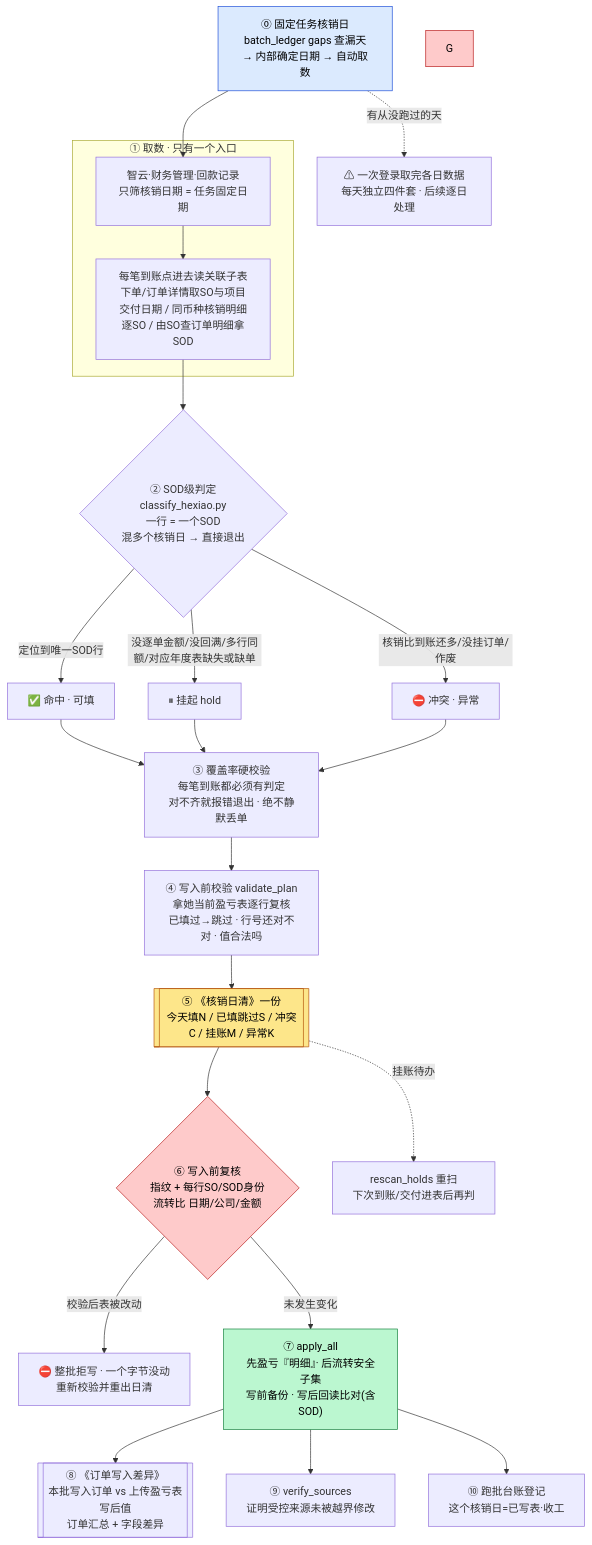
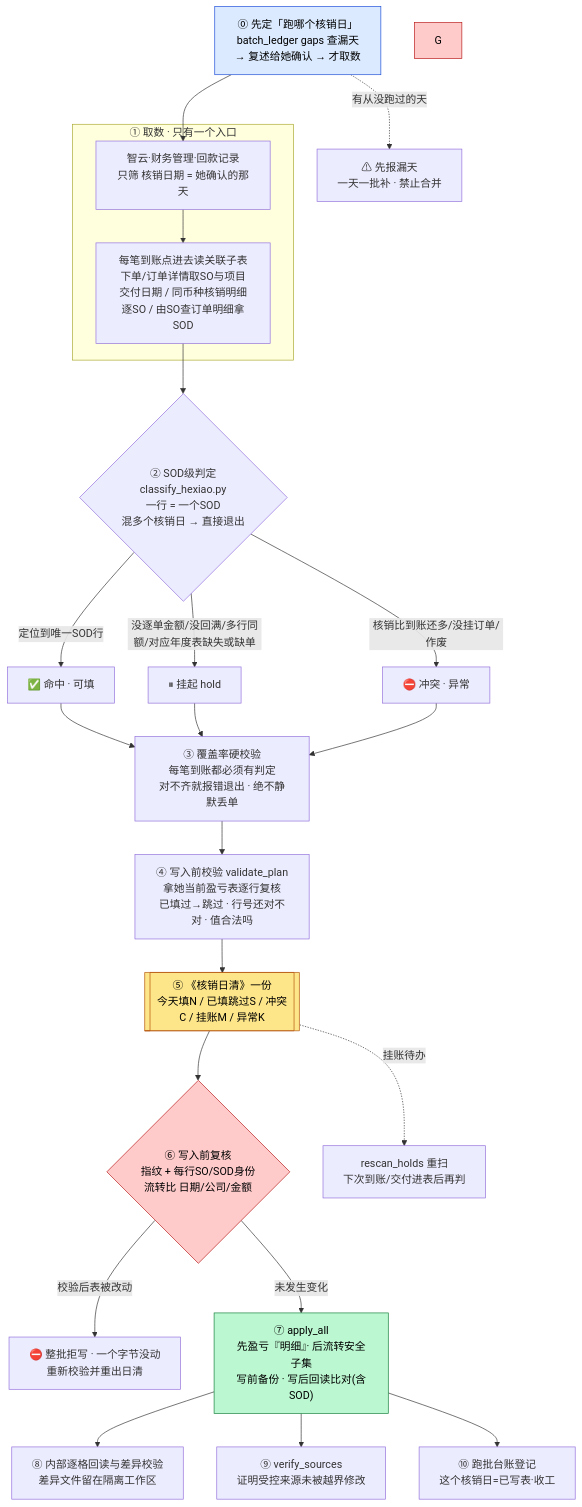
One commit to ErenYeager2002/financial_pj changed the first of 2 diagrams in skills/ar-hexiao-daily/README.md. Above: the diagram before and after it, drawn with Mermaid. The commit also changed other lines of this file and 75 other files, not shown here.

````diff
--- a/skills/ar-hexiao-daily/README.md
+++ b/skills/ar-hexiao-daily/README.md
@@ -54,30 +56,30 @@
 ```mermaid
 flowchart TD
-    D0["⓪ 固定任务核销日<br/>batch_ledger gaps 查漏天<br/>→ 内部确定日期 → 自动取数"] --> A
-    D0 -.->|"有从没跑过的天"| GAP["⚠ 一次登录取完各日数据<br/>每天独立四件套 · 后续逐日处理"]
+    D0["⓪ 先定「跑哪个核销日」<br/>batch_ledger gaps 查漏天<br/>→ 复述给她确认 → 才取数"] --> A
+    D0 -.->|"有从没跑过的天"| GAP["⚠ 先报漏天<br/>一天一批补 · 禁止合并"]
     subgraph 取数["① 取数 · 只有一个入口"]
-        A["智云·财务管理·回款记录<br/>只筛核销日期 = 任务固定日期"] --> B["每笔到账点进去读关联子表<br/>下单/订单详情取SO与项目交付日期 / 同币种核销明细逐SO / 由SO查订单明细拿SOD"]
+        A["智云·财务管理·回款记录<br/>只筛 核销日期 = 她确认的那天"] --> B["每笔到账点进去读关联子表<br/>下单/订单详情取SO与项目交付日期 / 同币种核销明细逐SO / 由SO查订单明细拿SOD"]
     end
     B --> C{"② SOD级判定<br/>classify_hexiao.py<br/>一行 = 一个SOD<br/>混多个核销日 → 直接退出"}
     C -->|"定位到唯一SOD行"| HIT["✅ 命中 · 可填"]
     C -->|"没逐单金额/没回满/多行同额/对应年度表缺失或缺单"| HOLD["⏸ 挂起 hold"]
     C -->|"核销比到账还多/没挂订单/作废"| EXC["⛔ 冲突 · 异常"]
     HIT --> COV
     HOLD --> COV
     EXC --> COV
     COV["③ 覆盖率硬校验<br/>每笔到账都必须有判定<br/>对不齐就报错退出 · 绝不静默丢单"] --> V["④ 写入前校验 validate_plan<br/>拿她当前盈亏表逐行复核<br/>已填过→跳过 · 行号还对不对 · 值合法吗"]
     V --> W[["⑤ 《核销日清》一份<br/>今天填N / 已填跳过S / 冲突C / 挂账M / 异常K"]]
     W --> PRE{"⑥ 写入前复核<br/>指纹 + 每行SO/SOD身份<br/>流转比 日期/公司/金额"}
     PRE -->|"校验后表被改动"| REDO["⛔ 整批拒写 · 一个字节没动<br/>重新校验并重出日清"]
     PRE -->|"未发生变化"| AP["⑦ apply_all<br/>先盈亏『明细』· 后流转安全子集<br/>写前备份 · 写后回读比对(含SOD)"]
-    AP --> DIFF[["⑧ 《订单写入差异》<br/>本批写入订单 vs 上传盈亏表写后值<br/>订单汇总 + 字段差异"]]
-    AP --> VS["⑨ verify_sources<br/>证明受控来源未被越界修改"]
+    AP --> VS["⑧ 内部逐格回读与差异校验<br/>差异文件留在隔离工作区"]
+    AP --> VERIFY["⑨ verify_sources<br/>证明受控来源未被越界修改"]
     AP --> BL["⑩ 跑批台账登记<br/>这个核销日=已写表·收工"]
     W -.->|"挂账待办"| R["rescan_holds 重扫<br/>下次到账/交付进表后再判"]
 
     style D0 fill:#dbeafe,stroke:#1d4ed8,color:#000
     style W fill:#fde68a,stroke:#b45309,color:#000
     style G fill:#fecaca,stroke:#b91c1c,color:#000
     style PRE fill:#fecaca,stroke:#b91c1c,color:#000
     style AP fill:#bbf7d0,stroke:#15803d,color:#000
 ```
````
